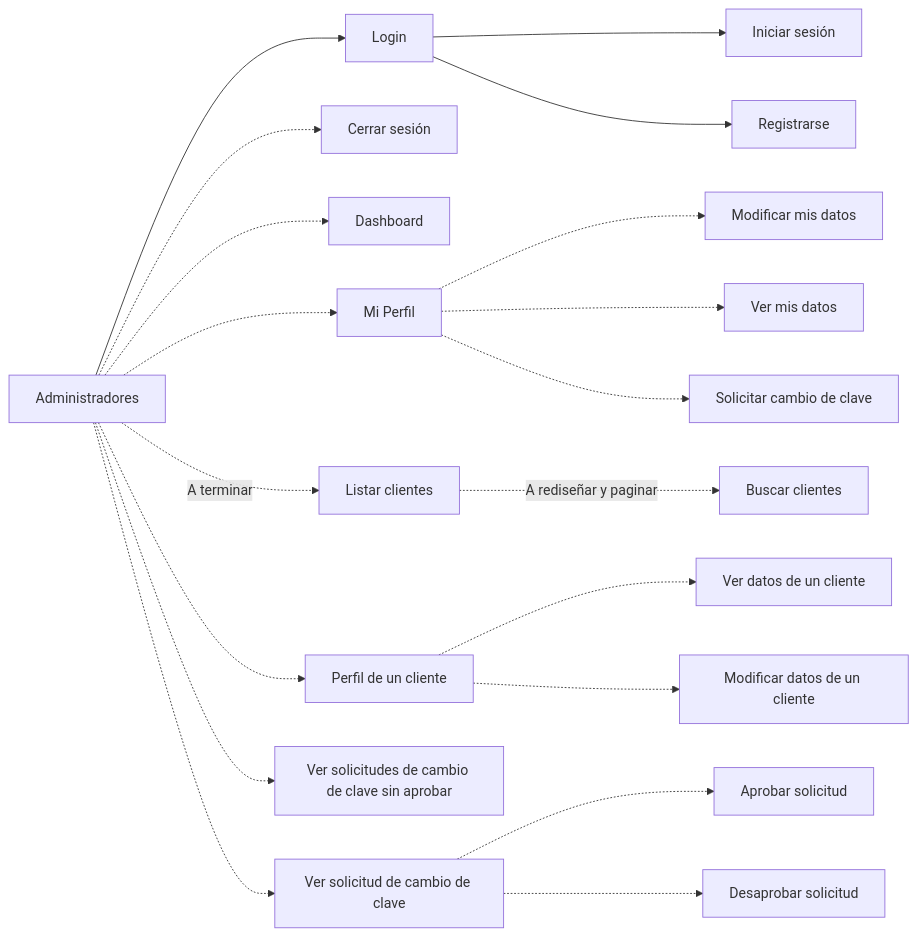
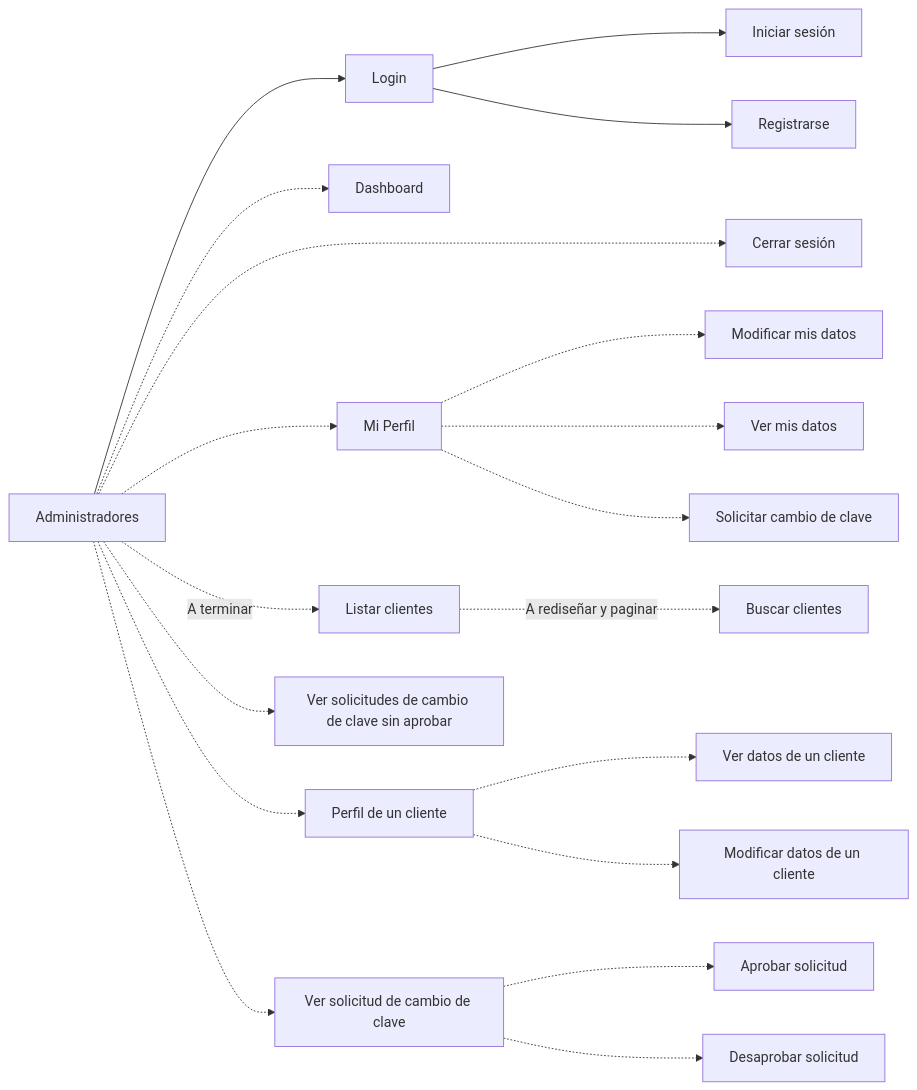
The second of 2 diagrams in Estructura de las páginas.md (maximocanedo/LABIV-TIF), drawn with Mermaid before and after one commit. The commit also changed other lines of this file, not shown here.

Commit message:
Update Estructura de las páginas.md

````diff
--- a/Estructura de las páginas.md
+++ b/Estructura de las páginas.md
@@ -21,23 +21,23 @@
 ```mermaid
 graph LR;
     Administradores-->Login;
-    Administradores-.->logout[Cerrar sesión];
+    Administradores-..->logout[Cerrar sesión];
     Login-->id1[Iniciar sesión];
     Login-->Registrarse;
     Administradores-.->Dashboard;
     Administradores-.->me[Mi Perfil];
     me-.->id3[Modificar mis datos];
     me-.->id4[Ver mis datos];
     me-.->cambiarclave[Solicitar cambio de clave];
     Administradores -. A terminar .->listarClientes[Listar clientes];
     listarClientes -. A rediseñar y paginar .->buscarClientes[Buscar clientes];
     Administradores-.->verCliente[Perfil de un cliente];
     verCliente-.->verCliente1[Ver datos de un cliente];
     verCliente-.->modificarDatosCliente[Modificar datos de un cliente];
     Administradores-.->listarc01[Ver solicitudes de cambio de clave sin aprobar];
     Administradores-.->verc01[Ver solicitud de cambio de clave];
     verc01-.->aprobarc01[Aprobar solicitud];
     verc01-.->desaprobarc01[Desaprobar solicitud];
     
 
 ```
````
